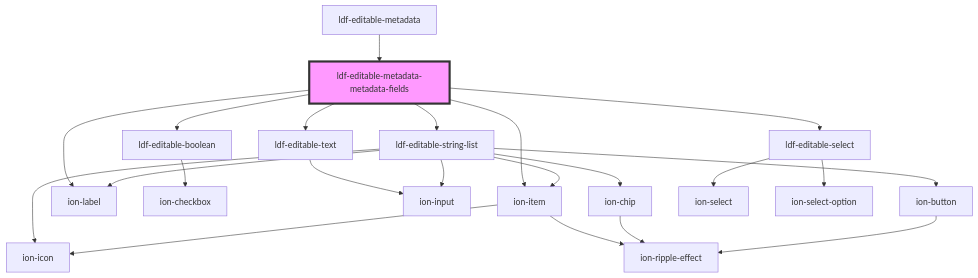
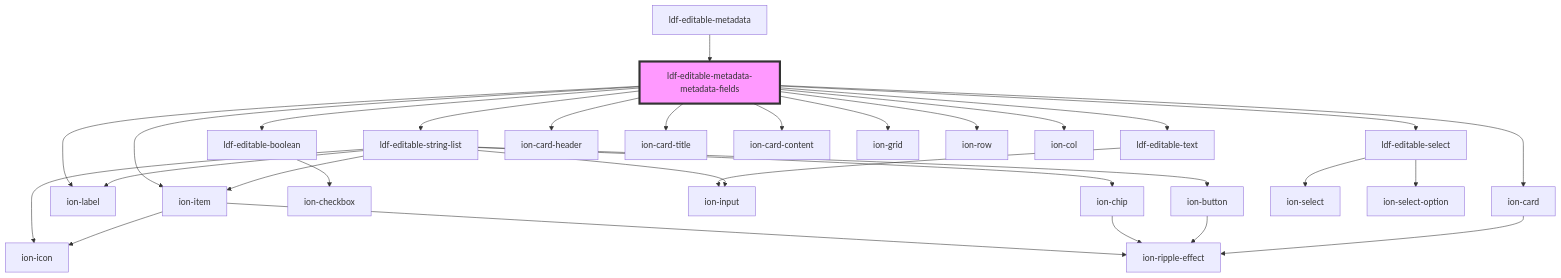
One commit to gbj/venite changed the diagram in components/src/components/editable-metadata-metadata-fields/readme.md. Above: the diagram before and after it, drawn with Mermaid. The commit also changed other lines of this file and 75 other files, not shown here.

````diff
--- a/components/src/components/editable-metadata-metadata-fields/readme.md
+++ b/components/src/components/editable-metadata-metadata-fields/readme.md
@@ -39,25 +46,33 @@
 ```mermaid
 graph TD;
   ldf-editable-metadata-metadata-fields --> ldf-editable-boolean
   ldf-editable-metadata-metadata-fields --> ldf-editable-text
   ldf-editable-metadata-metadata-fields --> ldf-editable-string-list
   ldf-editable-metadata-metadata-fields --> ldf-editable-select
   ldf-editable-metadata-metadata-fields --> ion-item
   ldf-editable-metadata-metadata-fields --> ion-label
+  ldf-editable-metadata-metadata-fields --> ion-card
+  ldf-editable-metadata-metadata-fields --> ion-card-header
+  ldf-editable-metadata-metadata-fields --> ion-card-title
+  ldf-editable-metadata-metadata-fields --> ion-card-content
+  ldf-editable-metadata-metadata-fields --> ion-grid
+  ldf-editable-metadata-metadata-fields --> ion-row
+  ldf-editable-metadata-metadata-fields --> ion-col
   ldf-editable-boolean --> ion-checkbox
   ldf-editable-text --> ion-input
   ldf-editable-string-list --> ion-item
   ldf-editable-string-list --> ion-label
   ldf-editable-string-list --> ion-chip
   ldf-editable-string-list --> ion-icon
   ldf-editable-string-list --> ion-input
   ldf-editable-string-list --> ion-button
   ion-item --> ion-icon
   ion-item --> ion-ripple-effect
   ion-chip --> ion-ripple-effect
   ion-button --> ion-ripple-effect
   ldf-editable-select --> ion-select
   ldf-editable-select --> ion-select-option
+  ion-card --> ion-ripple-effect
   ldf-editable-metadata --> ldf-editable-metadata-metadata-fields
   style ldf-editable-metadata-metadata-fields fill:#f9f,stroke:#333,stroke-width:4px
 ```
````
